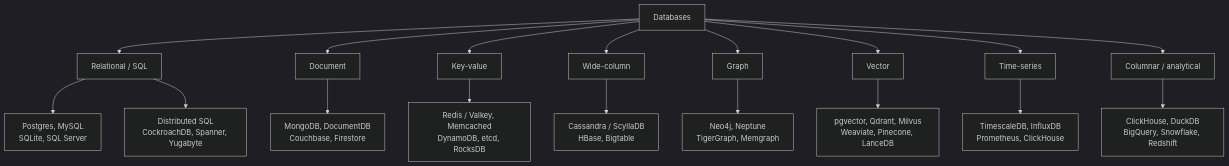
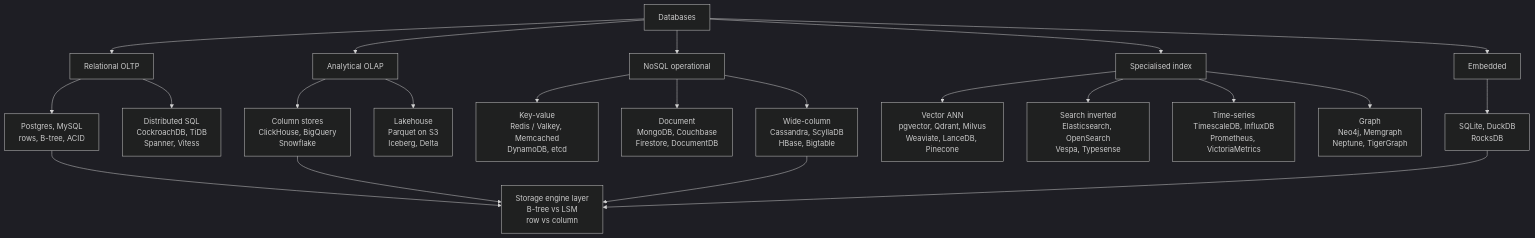
The diagram in topics/databases/summary.md (khalit7/technical_knowledge_base), drawn with Mermaid (dark theme) before and after one commit. The commit also changed other lines of this file and 4 other files, not shown here.

````diff
--- a/topics/databases/summary.md
+++ b/topics/databases/summary.md
@@ -16,22 +16,30 @@
 ```mermaid
 graph TD
-    DB[Databases]
-    DB --> REL[Relational / SQL]
-    DB --> DOC[Document]
-    DB --> KV[Key-value]
-    DB --> WIDE[Wide-column]
-    DB --> GRAPH[Graph]
-    DB --> VEC[Vector]
-    DB --> TS[Time-series]
-    DB --> OLAP[Columnar / analytical]
+    A[Databases] --> B[Relational OLTP]
+    A --> C[Analytical OLAP]
+    A --> D[NoSQL operational]
+    A --> E[Specialised index]
+    A --> F[Embedded]
 
-    REL --> R1[Postgres, MySQL<br/>SQLite, SQL Server]
-    REL --> R2[Distributed SQL<br/>CockroachDB, Spanner, Yugabyte]
-    DOC --> D1[MongoDB, DocumentDB<br/>Couchbase, Firestore]
-    KV --> K1[Redis / Valkey, Memcached<br/>DynamoDB, etcd, RocksDB]
-    WIDE --> W1[Cassandra / ScyllaDB<br/>HBase, Bigtable]
-    GRAPH --> G1[Neo4j, Neptune<br/>TigerGraph, Memgraph]
-    VEC --> V1[pgvector, Qdrant, Milvus<br/>Weaviate, Pinecone, LanceDB]
-    TS --> T1[TimescaleDB, InfluxDB<br/>Prometheus, ClickHouse]
-    OLAP --> O1[ClickHouse, DuckDB<br/>BigQuery, Snowflake, Redshift]
+    B --> B1[Postgres, MySQL<br/>rows, B-tree, ACID]
+    B --> B2[Distributed SQL<br/>CockroachDB, TiDB<br/>Spanner, Vitess]
+
+    C --> C1[Column stores<br/>ClickHouse, BigQuery<br/>Snowflake]
+    C --> C2[Lakehouse<br/>Parquet on S3<br/>Iceberg, Delta]
+
+    D --> D1[Key-value<br/>Redis / Valkey, Memcached<br/>DynamoDB, etcd]
+    D --> D2[Document<br/>MongoDB, Couchbase<br/>Firestore, DocumentDB]
+    D --> D3[Wide-column<br/>Cassandra, ScyllaDB<br/>HBase, Bigtable]
+
+    E --> E1[Vector ANN<br/>pgvector, Qdrant, Milvus<br/>Weaviate, LanceDB, Pinecone]
+    E --> E2[Search inverted<br/>Elasticsearch, OpenSearch<br/>Vespa, Typesense]
+    E --> E3[Time-series<br/>TimescaleDB, InfluxDB<br/>Prometheus, VictoriaMetrics]
+    E --> E4[Graph<br/>Neo4j, Memgraph<br/>Neptune, TigerGraph]
+
+    F --> F1[SQLite, DuckDB<br/>RocksDB]
+
+    B1 --> G[Storage engine layer<br/>B-tree vs LSM<br/>row vs column]
+    C1 --> G
+    D3 --> G
+    F1 --> G
 ```
````
